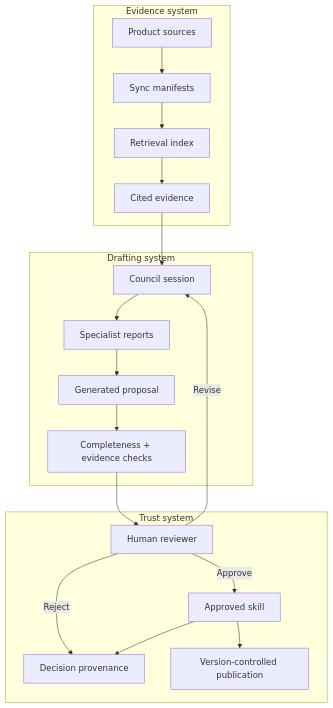
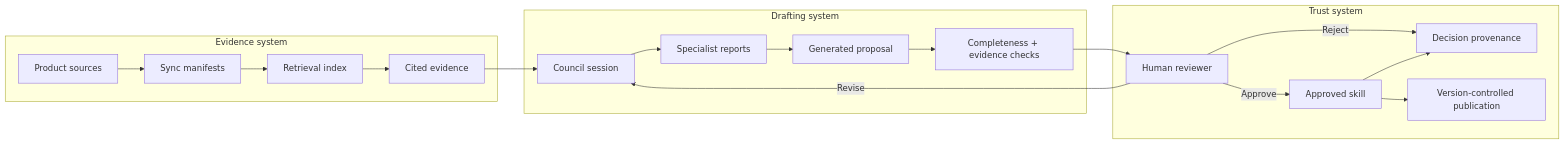
The first of 3 diagrams in content/docs/concepts.mdx (0xaeres/anvay-docs), drawn with Mermaid before and after one commit.

Commit message:
Improve responsive concepts diagram

````diff
--- a/content/docs/concepts.mdx
+++ b/content/docs/concepts.mdx
@@ -14,37 +14,37 @@
 ```mermaid
-flowchart TB
+flowchart LR
   subgraph Evidence["Evidence system"]
     Sources["Product sources"]
     Manifest["Sync manifests"]
     Retrieval["Retrieval index"]
     Citations["Cited evidence"]
   end
 
   subgraph Drafting["Drafting system"]
     Session["Council session"]
     Specialists["Specialist reports"]
     Draft["Generated proposal"]
     Eval["Completeness + evidence checks"]
   end
 
   subgraph Trust["Trust system"]
     Human["Human reviewer"]
     Provenance["Decision provenance"]
     Approved["Approved skill"]
     Git["Version-controlled publication"]
   end
 
   Sources --> Manifest
   Manifest --> Retrieval
   Retrieval --> Citations
   Citations --> Session
   Session --> Specialists
   Specialists --> Draft
   Draft --> Eval
   Eval --> Human
   Human -->|Approve| Approved
   Human -->|Revise| Session
   Human -->|Reject| Provenance
   Approved --> Provenance
   Approved --> Git
 ```
````
